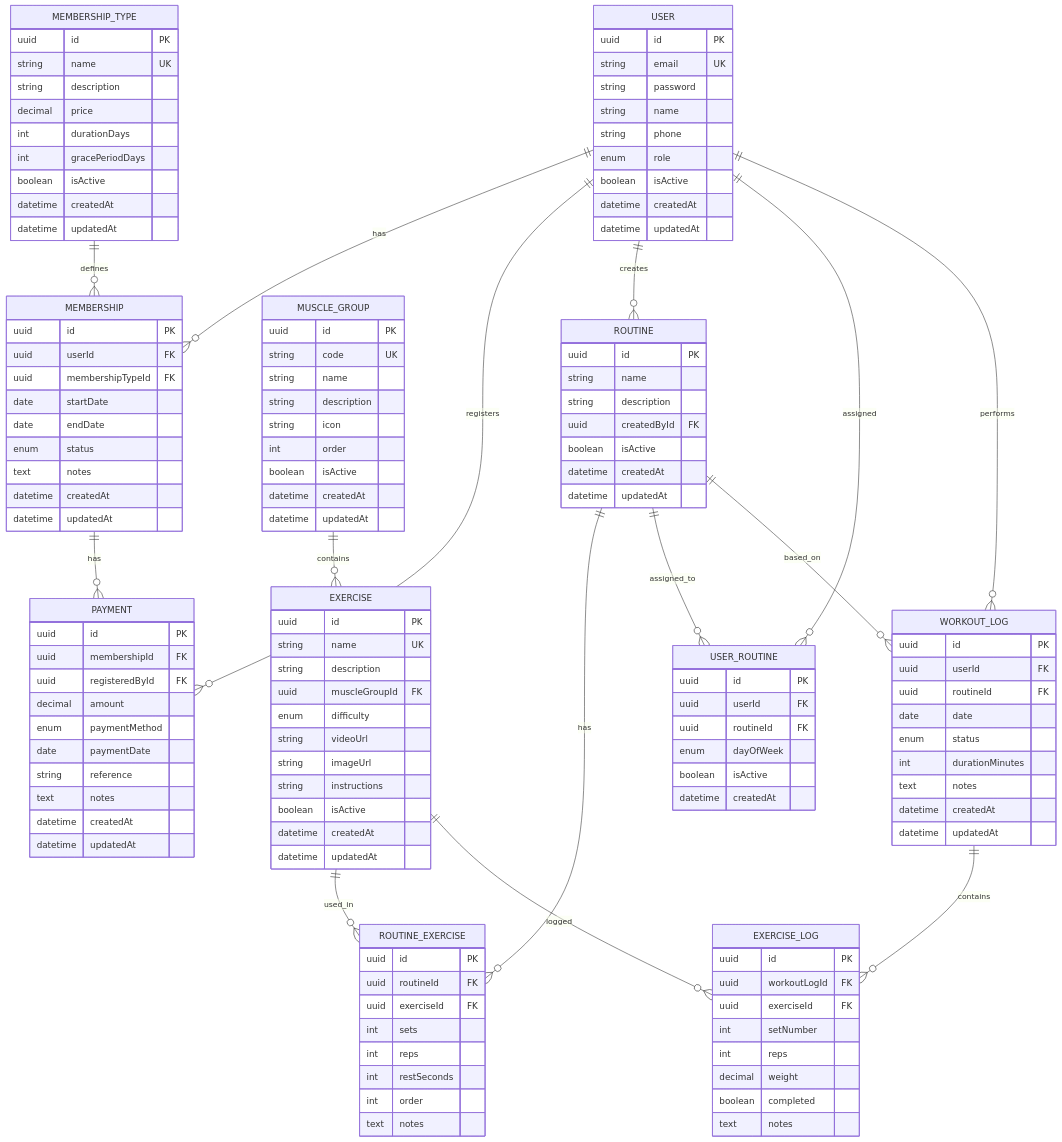
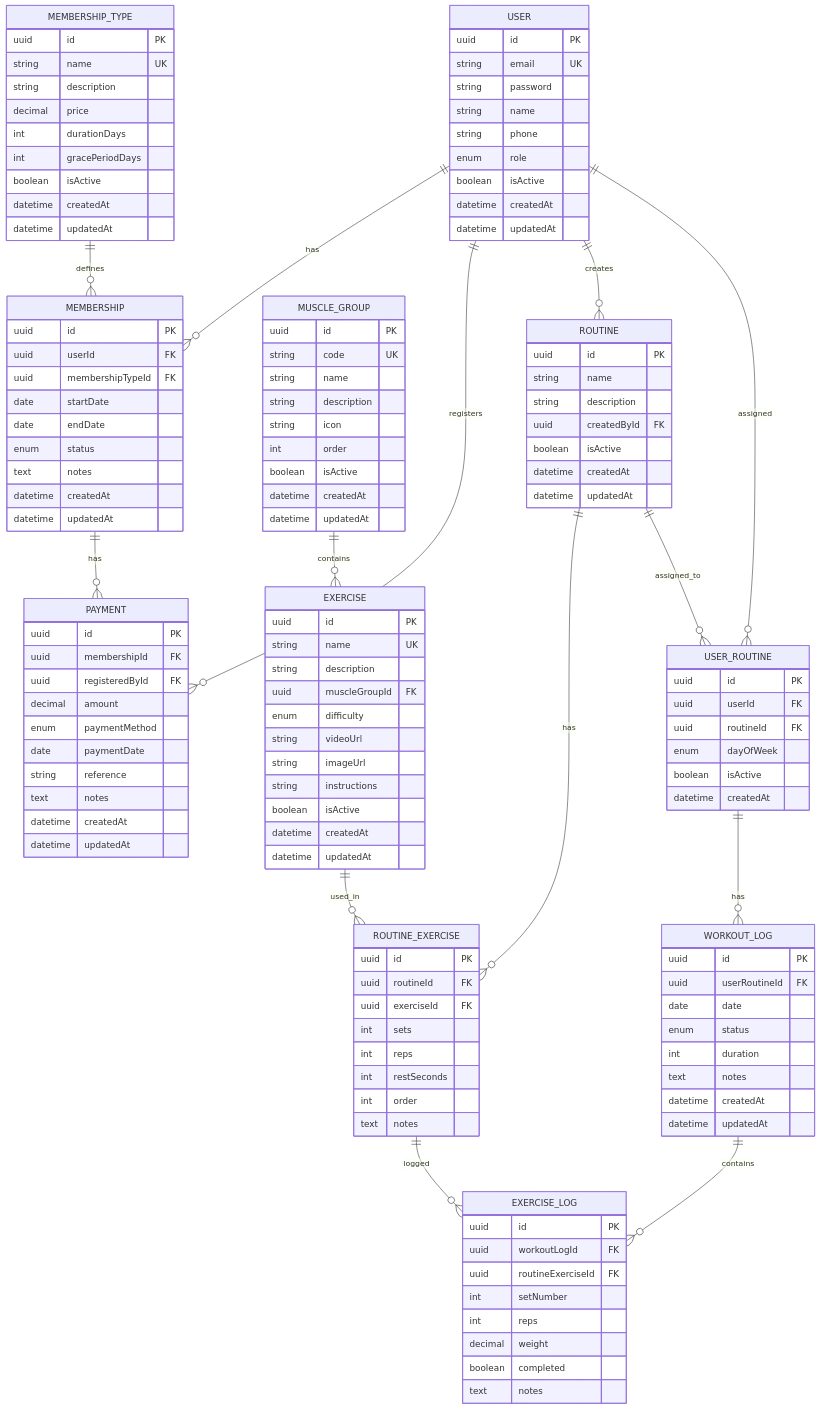
One commit to fedebracesco1990/fitflow changed the fourth of 9 diagrams in docs/ARCHITECTURE.md. Above: the diagram before and after it, drawn with Mermaid. The commit also changed 4 other files, not shown here.

```diff
--- a/docs/ARCHITECTURE.md
+++ b/docs/ARCHITECTURE.md
@@ -303,26 +303,24 @@
         datetime createdAt
     }
 
-    USER ||--o{ WORKOUT_LOG : performs
-    ROUTINE ||--o{ WORKOUT_LOG : based_on
+    USER_ROUTINE ||--o{ WORKOUT_LOG : has
     WORKOUT_LOG {
         uuid id PK
-        uuid userId FK
-        uuid routineId FK
+        uuid userRoutineId FK
         date date
         enum status
-        int durationMinutes
+        int duration
         text notes
         datetime createdAt
         datetime updatedAt
     }
 
     WORKOUT_LOG ||--o{ EXERCISE_LOG : contains
-    EXERCISE ||--o{ EXERCISE_LOG : logged
+    ROUTINE_EXERCISE ||--o{ EXERCISE_LOG : logged
     EXERCISE_LOG {
         uuid id PK
         uuid workoutLogId FK
-        uuid exerciseId FK
+        uuid routineExerciseId FK
         int setNumber
         int reps
         decimal weight
```
